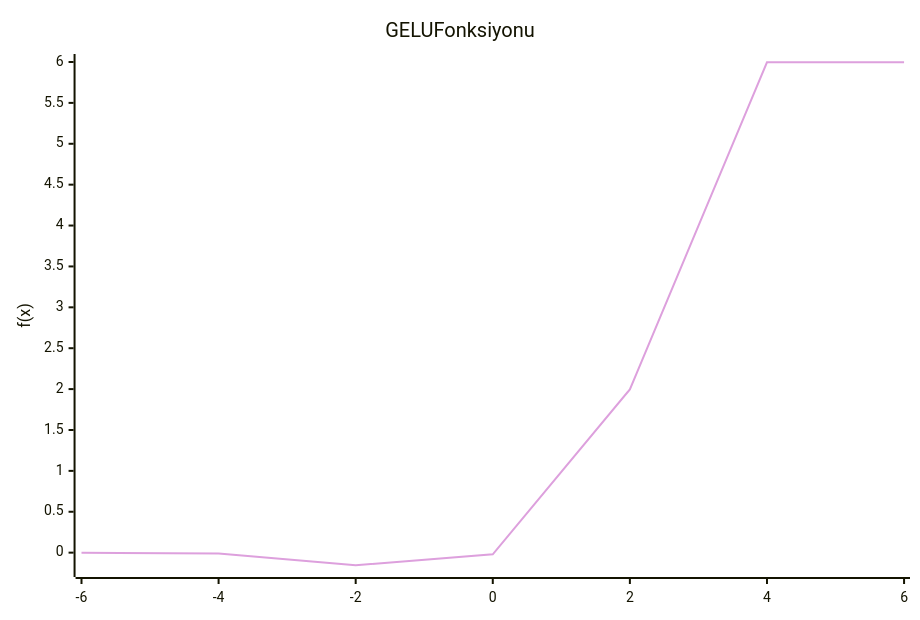
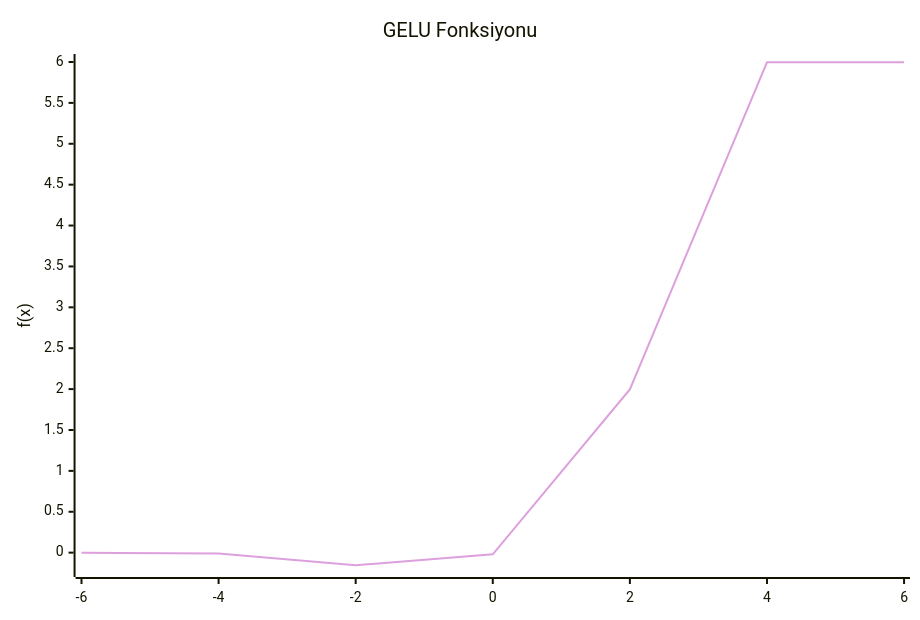
One commit to ilkerturan/ilkerturan.github.io changed the seventh of 11 diagrams in dl/02-aktivasyon-fonksiyonlari.md. Above: the diagram before and after it, drawn with Mermaid. The commit also changed other lines of this file, not shown here.

Commit message:
fix: enclose xychart-beta titles in quotes to resolve mermaid syntax error

````diff
--- a/dl/02-aktivasyon-fonksiyonlari.md
+++ b/dl/02-aktivasyon-fonksiyonlari.md
@@ -296,16 +296,16 @@
 ```mermaid
 ---
 config:
     xyChart:
         width: 900
         height: 600
     themeVariables:
         xyChart:
             plotColorPalette: "#DDA0DD"
 ---
 xychart-beta
-    title GELU Fonksiyonu
+    title "GELU Fonksiyonu"
     x-axis [-6, -4, -2, 0, 2, 4, 6]
     y-axis "f(x)" -0.2 --> 6
     line [-0.0003, -0.0108, -0.1542, -0.0199, 1.9959, 5.9965, 5.9965]
 ```
````
